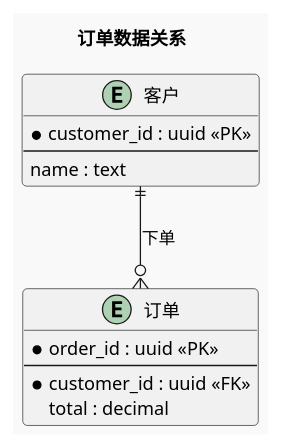
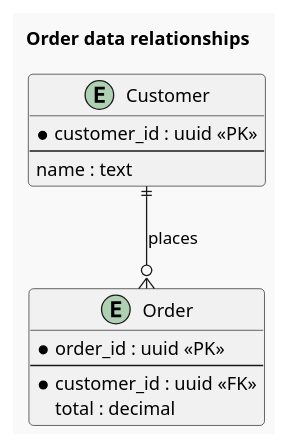
The second of 2 diagrams in skills/fuxian-diagram/references/plantuml/class-er.md (def-peter/fuxian), drawn with PlantUML before and after one commit. The commit also changed other lines of this file and 43 other files, not shown here.

Commit message:
feat(skills): internationalize diagram guides and expand type selection

````diff
--- a/skills/fuxian-diagram/references/plantuml/class-er.md
+++ b/skills/fuxian-diagram/references/plantuml/class-er.md
@@ -38,18 +38,18 @@
 ```plantuml
 @startuml
 !theme mars
-title 订单数据关系
-entity "客户" as Customer {
+title Order data relationships
+entity "Customer" as Customer {
   * customer_id : uuid <<PK>>
   --
   name : text
 }
-entity "订单" as Order {
+entity "Order" as Order {
   * order_id : uuid <<PK>>
   --
   * customer_id : uuid <<FK>>
   total : decimal
 }
-Customer ||--o{ Order : 下单
+Customer ||--o{ Order : places
 @enduml
 ```
````
